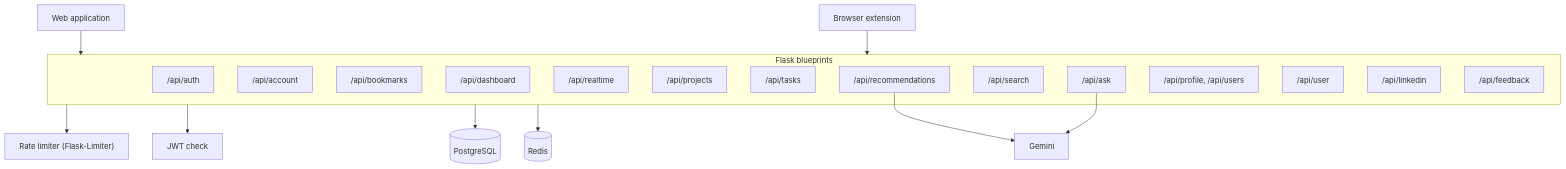
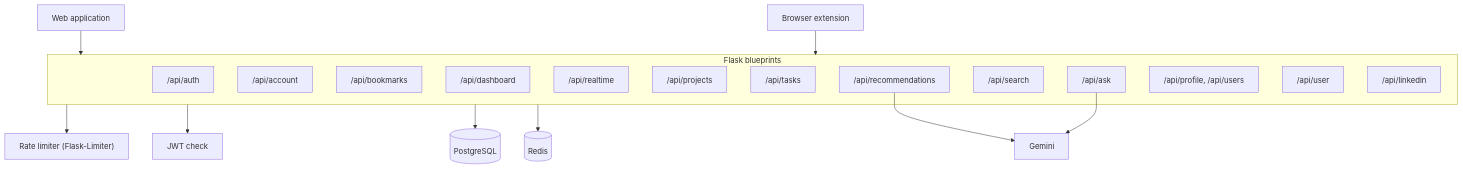
One commit to Ujjwaljain16/Fuze changed the second of 2 diagrams in docs/API_ARCHITECTURE.md. Above: the diagram before and after it, drawn with Mermaid. The commit also changed other lines of this file and 15 other files, not shown here.

Commit message:
refactor(schema): one rating per user, bookmark and project is enforced by a unique index; drop the unused feedback table and its endpoint, and the never-written saved_content.published_at (migration 0019)

````diff
--- a/docs/API_ARCHITECTURE.md
+++ b/docs/API_ARCHITECTURE.md
@@ -773,32 +764,31 @@
 ```mermaid
 graph TB
     Web["Web application"]
     Ext["Browser extension"]
 
     subgraph API["Flask blueprints"]
         AuthBP["/api/auth"]
         AccountBP["/api/account"]
         BookBP["/api/bookmarks"]
         DashBP["/api/dashboard"]
         EventsBP["/api/realtime"]
         ProjBP["/api/projects"]
         TaskBP["/api/tasks"]
         RecBP["/api/recommendations"]
         SearchBP["/api/search"]
         AskBP["/api/ask"]
         ProfBP["/api/profile, /api/users"]
         UserBP["/api/user"]
         LinkedBP["/api/linkedin"]
-        FeedBP["/api/feedback"]
     end
 
     Web --> API
     Ext --> API
 
     API --> Limiter["Rate limiter (Flask-Limiter)"]
     API --> JWT["JWT check"]
     API --> DB[("PostgreSQL")]
     API --> Redis[("Redis")]
     RecBP --> Gemini["Gemini"]
     AskBP --> Gemini
 ```
````
